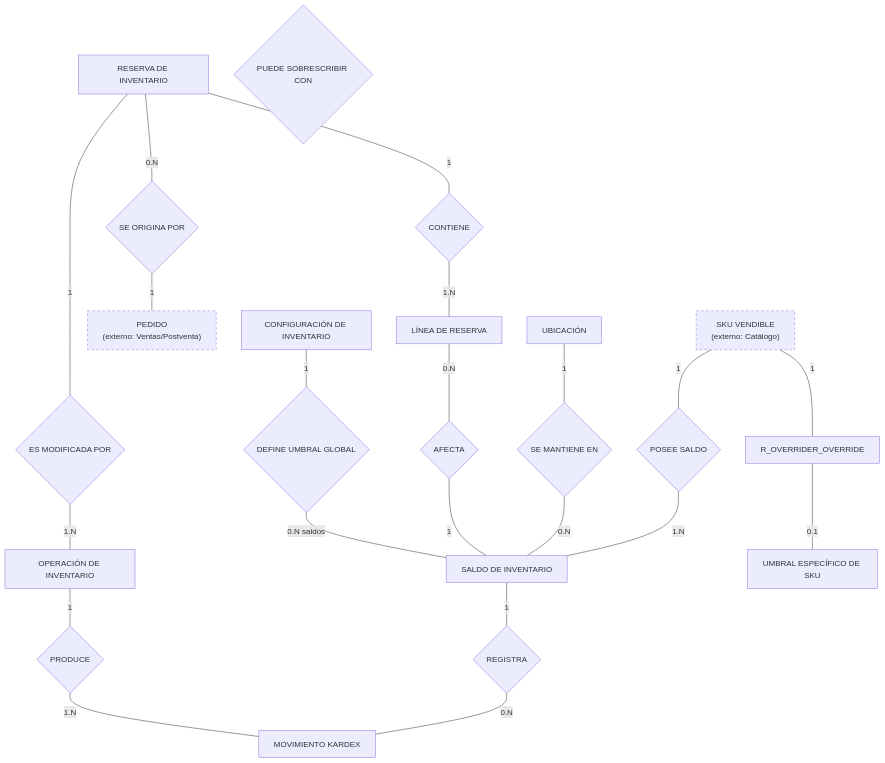
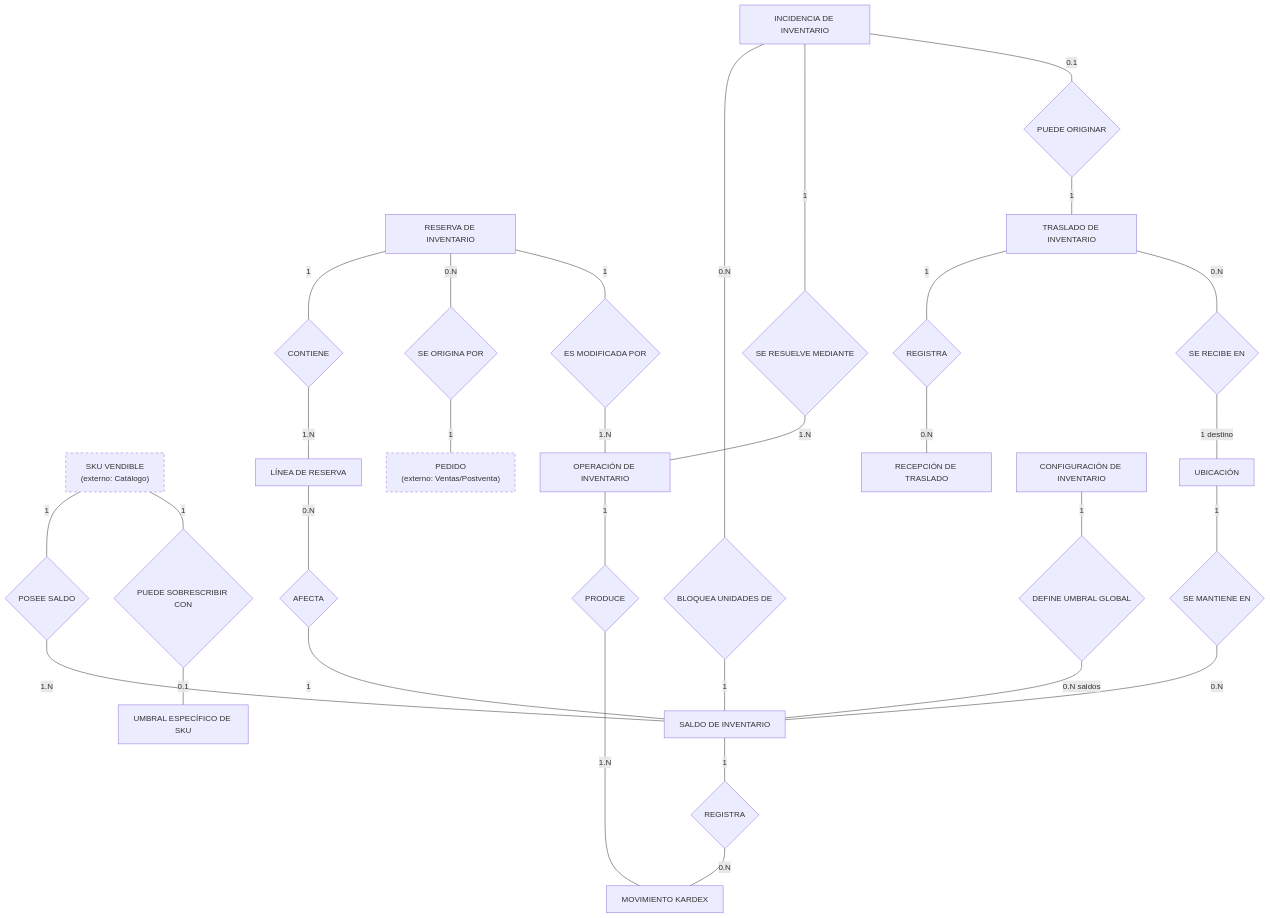
Before and after one commit to Taller-SW-Web/G6-Productos-Ofertas-docs: the ninth of 10 diagrams in Modelo_Conceptual.md, drawn with Mermaid. The commit also changed other lines of this file and 1 other file, not shown here.

````diff
--- a/Modelo_Conceptual.md
+++ b/Modelo_Conceptual.md
@@ -683,57 +689,81 @@
 ```mermaid
 flowchart TB
   SKU["SKU VENDIBLE<br/>(externo: Catálogo)"]
   ORDER["PEDIDO<br/>(externo: Ventas/Postventa)"]
 
   LOCATION["UBICACIÓN"]
   BALANCE["SALDO DE INVENTARIO"]
   RESERVATION["RESERVA DE INVENTARIO"]
   RLINE["LÍNEA DE RESERVA"]
   OP["OPERACIÓN DE INVENTARIO"]
   MOVEMENT["MOVIMIENTO KARDEX"]
+  INCIDENT["INCIDENCIA DE INVENTARIO"]
+  TRANSFER["TRASLADO DE INVENTARIO"]
+  RECEIPT["RECEPCIÓN DE TRASLADO"]
   OVERRIDE["UMBRAL ESPECÍFICO DE SKU"]
   CONFIG["CONFIGURACIÓN DE INVENTARIO"]
 
   R_SKU_BAL{"POSEE SALDO"}
   R_LOC_BAL{"SE MANTIENE EN"}
   R_RES_LINES{"CONTIENE"}
   R_LINE_BAL{"AFECTA"}
   R_ORDER_RES{"SE ORIGINA POR"}
   R_BAL_MOV{"REGISTRA"}
   R_OP_MOV{"PRODUCE"}
   R_RES_OP{"ES MODIFICADA POR"}
+  R_INC_BAL{"BLOQUEA UNIDADES DE"}
+  R_INC_OP{"SE RESUELVE MEDIANTE"}
+  R_INC_TRANSFER{"PUEDE ORIGINAR"}
+  R_TRANSFER_RECEIPT{"REGISTRA"}
+  R_TRANSFER_TARGET{"SE RECIBE EN"}
   R_OVERRIDE{"PUEDE SOBRESCRIBIR CON"}
   R_DEFAULT{"DEFINE UMBRAL GLOBAL"}
 
   SKU ---|"1"| R_SKU_BAL
   R_SKU_BAL ---|"1.N"| BALANCE
 
   LOCATION ---|"1"| R_LOC_BAL
   R_LOC_BAL ---|"0.N"| BALANCE
 
   RESERVATION ---|"1"| R_RES_LINES
   R_RES_LINES ---|"1.N"| RLINE
 
   RLINE ---|"0.N"| R_LINE_BAL
   R_LINE_BAL ---|"1"| BALANCE
 
   RESERVATION ---|"0.N"| R_ORDER_RES
   R_ORDER_RES ---|"1"| ORDER
 
   BALANCE ---|"1"| R_BAL_MOV
   R_BAL_MOV ---|"0.N"| MOVEMENT
 
   OP ---|"1"| R_OP_MOV
   R_OP_MOV ---|"1.N"| MOVEMENT
 
   RESERVATION ---|"1"| R_RES_OP
   R_RES_OP ---|"1.N"| OP
 
-  SKU ---|"1"| R_OVERRIDER_OVERRIDE ---|"0.1"| OVERRIDE
+  INCIDENT ---|"0.N"| R_INC_BAL
+  R_INC_BAL ---|"1"| BALANCE
+
+  INCIDENT ---|"1"| R_INC_OP
+  R_INC_OP ---|"1.N"| OP
+
+  INCIDENT ---|"0.1"| R_INC_TRANSFER
+  R_INC_TRANSFER ---|"1"| TRANSFER
+
+  TRANSFER ---|"1"| R_TRANSFER_RECEIPT
+  R_TRANSFER_RECEIPT ---|"0.N"| RECEIPT
+
+  TRANSFER ---|"0.N"| R_TRANSFER_TARGET
+  R_TRANSFER_TARGET ---|"1 destino"| LOCATION
+
+  SKU ---|"1"| R_OVERRIDE
+  R_OVERRIDE ---|"0.1"| OVERRIDE
 
   CONFIG ---|"1"| R_DEFAULT
   R_DEFAULT ---|"0.N saldos"| BALANCE
 
   classDef external stroke-dasharray: 5 5;
   class SKU,ORDER external;
 ```
````
